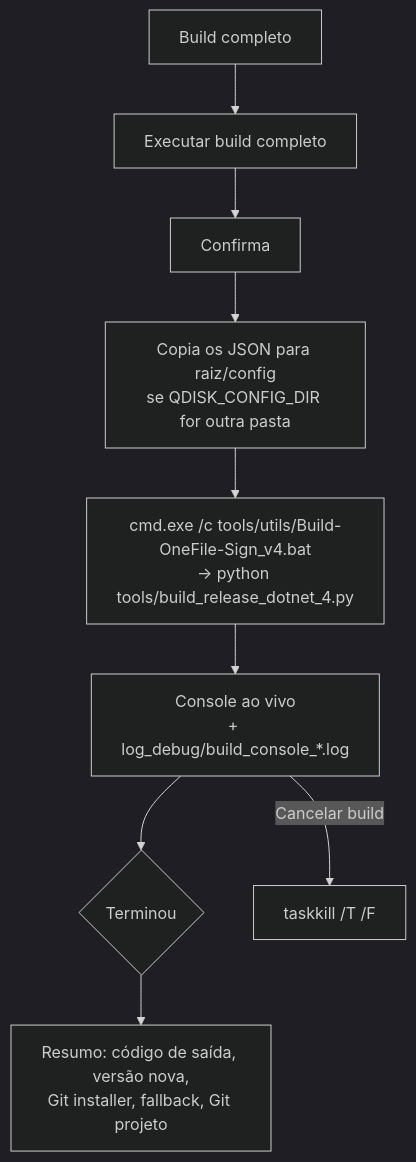
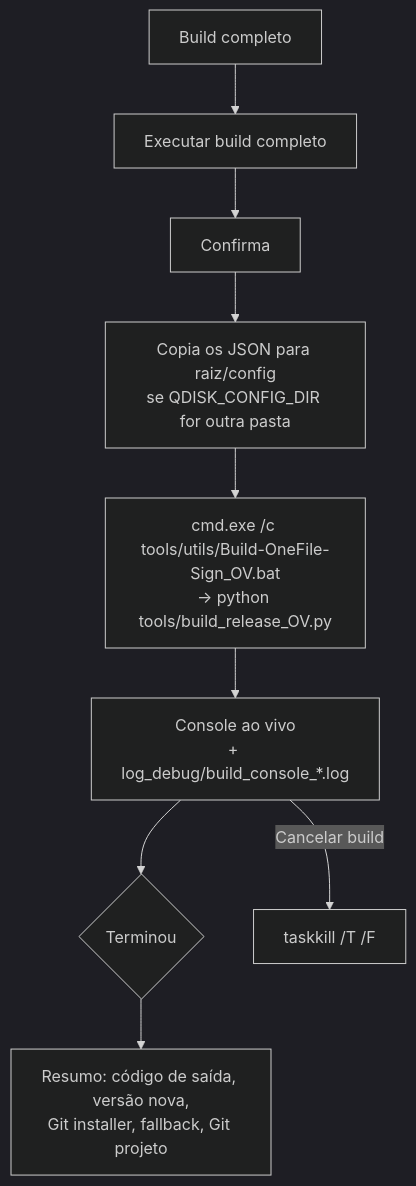
The tenth of 11 diagrams in docs/FLUXOS_QDisk_Adm.md (MarceloSobral-Quallit/Q-DISK), drawn with Mermaid (dark theme) before and after one commit. The commit also changed 6 other files, not shown here.

First line of the commit message:
docs: README, RoadMap e documentação técnica para a 1.00 (só OV)

````diff
--- a/docs/FLUXOS_QDisk_Adm.md
+++ b/docs/FLUXOS_QDisk_Adm.md
@@ -231,11 +231,11 @@
 ```mermaid
 flowchart TD
     A[Build completo] --> B[Executar build completo]
     B --> C[Confirma]
     C --> D["Copia os JSON para raiz/config<br/>se QDISK_CONFIG_DIR for outra pasta"]
-    D --> E["cmd.exe /c tools/utils/Build-OneFile-Sign_v4.bat<br/>→ python tools/build_release_dotnet_4.py"]
+    D --> E["cmd.exe /c tools/utils/Build-OneFile-Sign_OV.bat<br/>→ python tools/build_release_OV.py"]
     E --> F["Console ao vivo<br/>+ log_debug/build_console_*.log"]
     F --> G{Terminou}
     G --> H["Resumo: código de saída, versão nova,<br/>Git installer, fallback, Git projeto"]
     F -- Cancelar build --> K["taskkill /T /F"]
 ```
````
